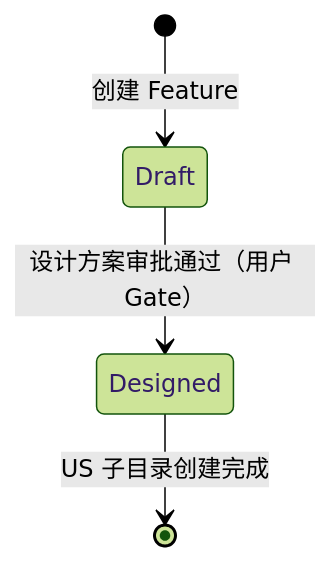
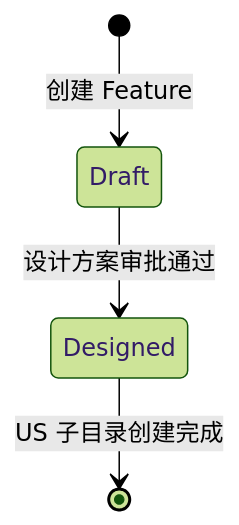
The second of 3 diagrams in docs/process/feature-flow.md (leoricmaster/ffp), drawn with Mermaid (forest theme) before and after one commit. The commit also changed other lines of this file and 13 other files, not shown here.

````diff
--- a/docs/process/feature-flow.md
+++ b/docs/process/feature-flow.md
@@ -102,6 +99,6 @@
 ```mermaid
 stateDiagram-v2
   [*] --> Draft : 创建 Feature
-  Draft --> Designed : 设计方案审批通过（用户 Gate）
+  Draft --> Designed : 设计方案审批通过
   Designed --> [*] : US 子目录创建完成
 ```
````
